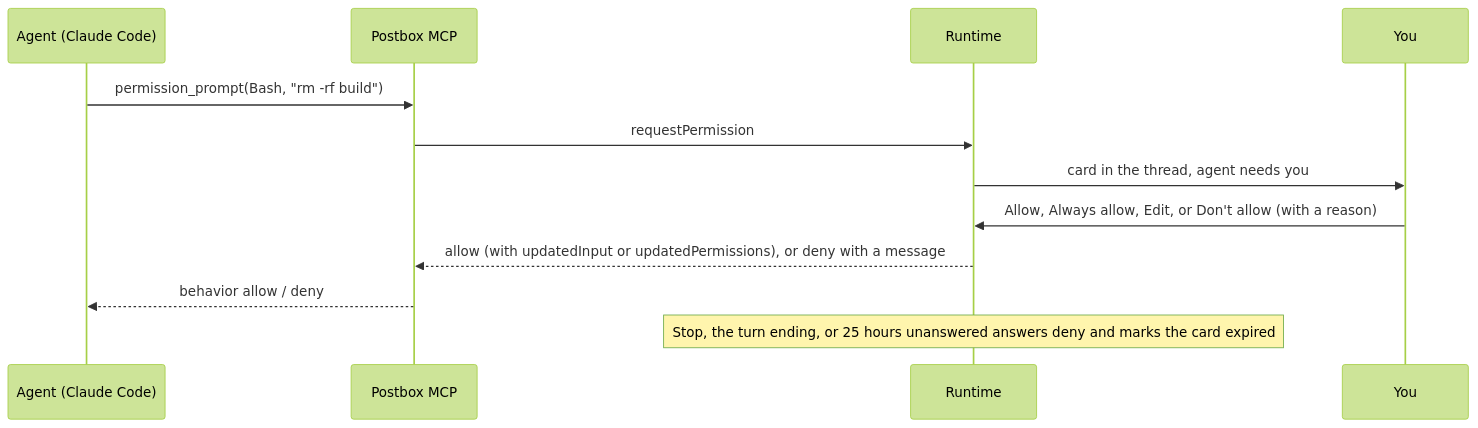
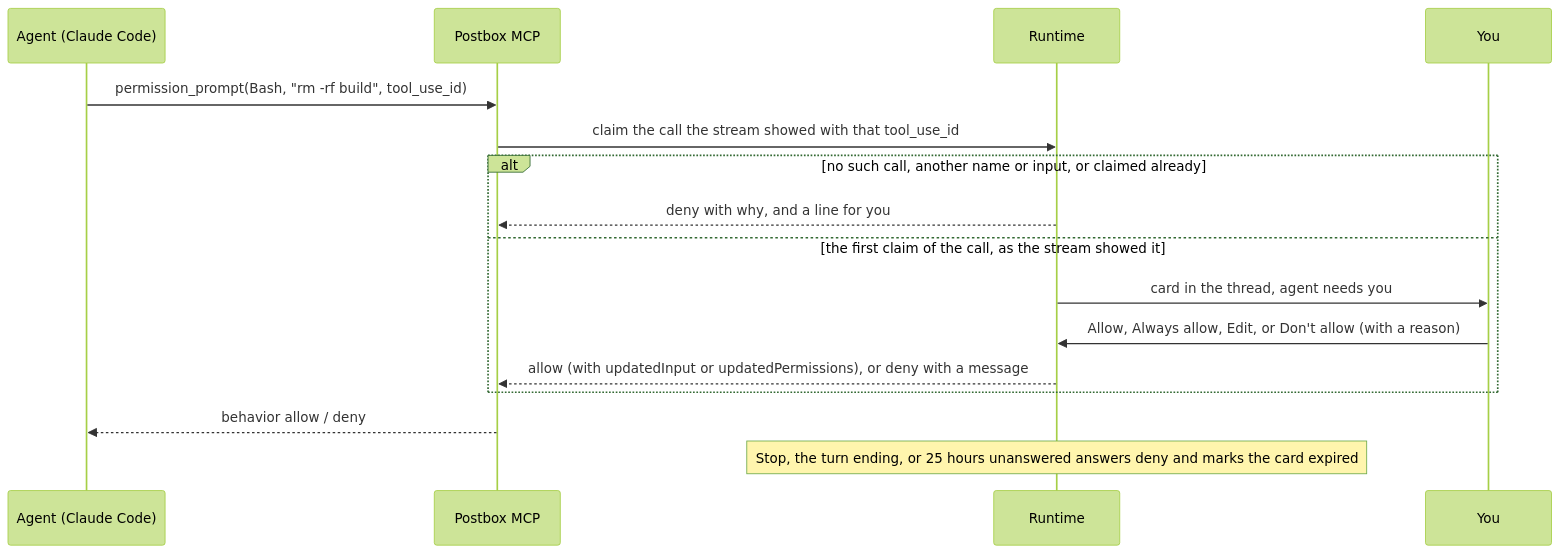
One commit to HJeon139/postbox changed the third of 11 diagrams in designs/architecture.md. Above: the diagram before and after it, drawn with Mermaid (forest theme). The commit also changed other lines of this file and 27 other files, not shown here.

````diff
--- a/designs/architecture.md
+++ b/designs/architecture.md
@@ -184,14 +184,18 @@
 ```mermaid
 sequenceDiagram
   participant A as Agent (Claude Code)
   participant M as Postbox MCP
   participant R as Runtime
   participant Y as You
-  A->>M: permission_prompt(Bash, "rm -rf build")
-  M->>R: requestPermission
-  R->>Y: card in the thread, agent needs you
-  Y->>R: Allow, Always allow, Edit, or Don't allow (with a reason)
-  R-->>M: allow (with updatedInput or updatedPermissions), or deny with a message
+  A->>M: permission_prompt(Bash, "rm -rf build", tool_use_id)
+  M->>R: claim the call the stream showed with that tool_use_id
+  alt no such call, another name or input, or claimed already
+    R-->>M: deny with why, and a line for you
+  else the first claim of the call, as the stream showed it
+    R->>Y: card in the thread, agent needs you
+    Y->>R: Allow, Always allow, Edit, or Don't allow (with a reason)
+    R-->>M: allow (with updatedInput or updatedPermissions), or deny with a message
+  end
   M-->>A: behavior allow / deny
   Note over R: Stop, the turn ending, or 25 hours unanswered answers deny and marks the card expired
 ```
````
